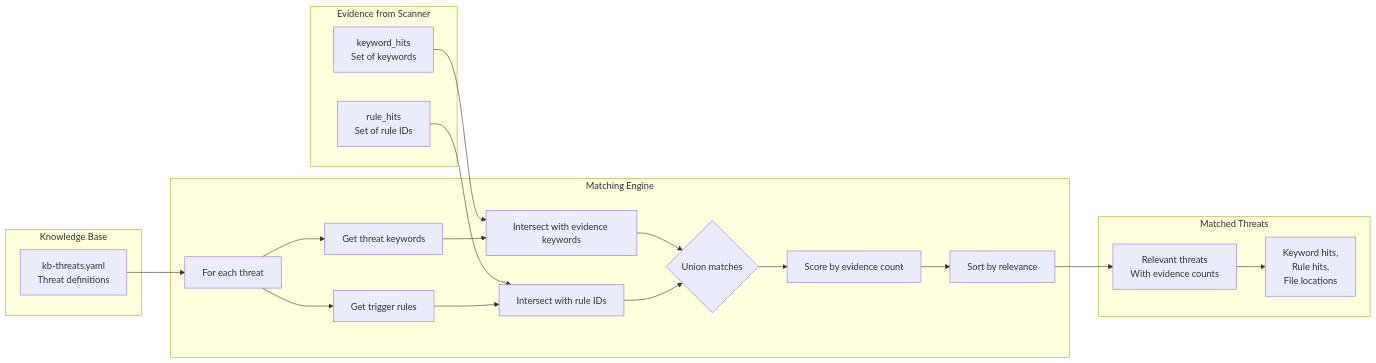
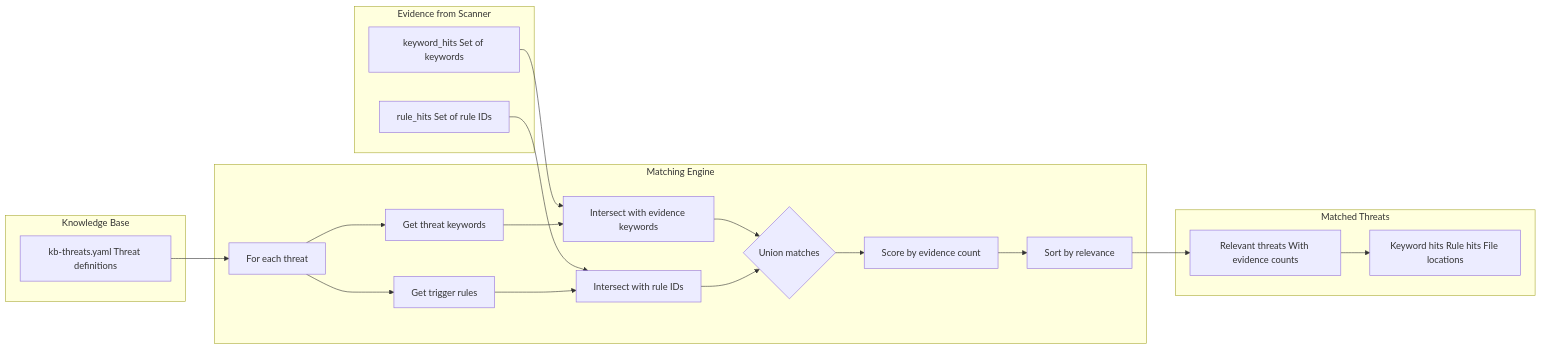
Before and after one commit to yantongggg/TM_o31: the fifth of 14 diagrams in README.md, drawn with Mermaid. The commit also changed other lines of this file, not shown here.

First line of the commit message:
fix: Resolve Mermaid diagram parse errors on GitHub

````diff
--- a/README.md
+++ b/README.md
@@ -307,43 +307,43 @@
 ```mermaid
 flowchart LR
     subgraph Evidence["Evidence from Scanner"]
-        EK[keyword_hits<br/>Set of keywords]
-        ER[rule_hits<br/>Set of rule IDs]
+        EK[keyword_hits Set of keywords]
+        ER[rule_hits Set of rule IDs]
     end
 
     subgraph Knowledge["Knowledge Base"]
-        KT[kb-threats.yaml<br/>Threat definitions]
+        KT[kb-threats.yaml Threat definitions]
     end
 
     subgraph Process["Matching Engine"]
         Iter1[For each threat]
         GetKeys[Get threat keywords]
         GetRules[Get trigger rules]
         IntersectK[Intersect with evidence keywords]
         IntersectR[Intersect with rule IDs]
         Union{Union matches}
         Score[Score by evidence count]
         Sort[Sort by relevance]
     end
 
     subgraph Output["Matched Threats"]
-        MT[Relevant threats<br/>With evidence counts]
-        Details[Keyword hits,<br/>Rule hits,<br/>File locations]
+        MT[Relevant threats With evidence counts]
+        Details[Keyword hits Rule hits File locations]
     end
 
     EK --> IntersectK
     ER --> IntersectR
     KT --> Iter1
 
     Iter1 --> GetKeys
     Iter1 --> GetRules
     GetKeys --> IntersectK
     GetRules --> IntersectR
 
     IntersectK --> Union
     IntersectR --> Union
     Union --> Score
     Score --> Sort
     Sort --> MT
     MT --> Details
 ```
````
